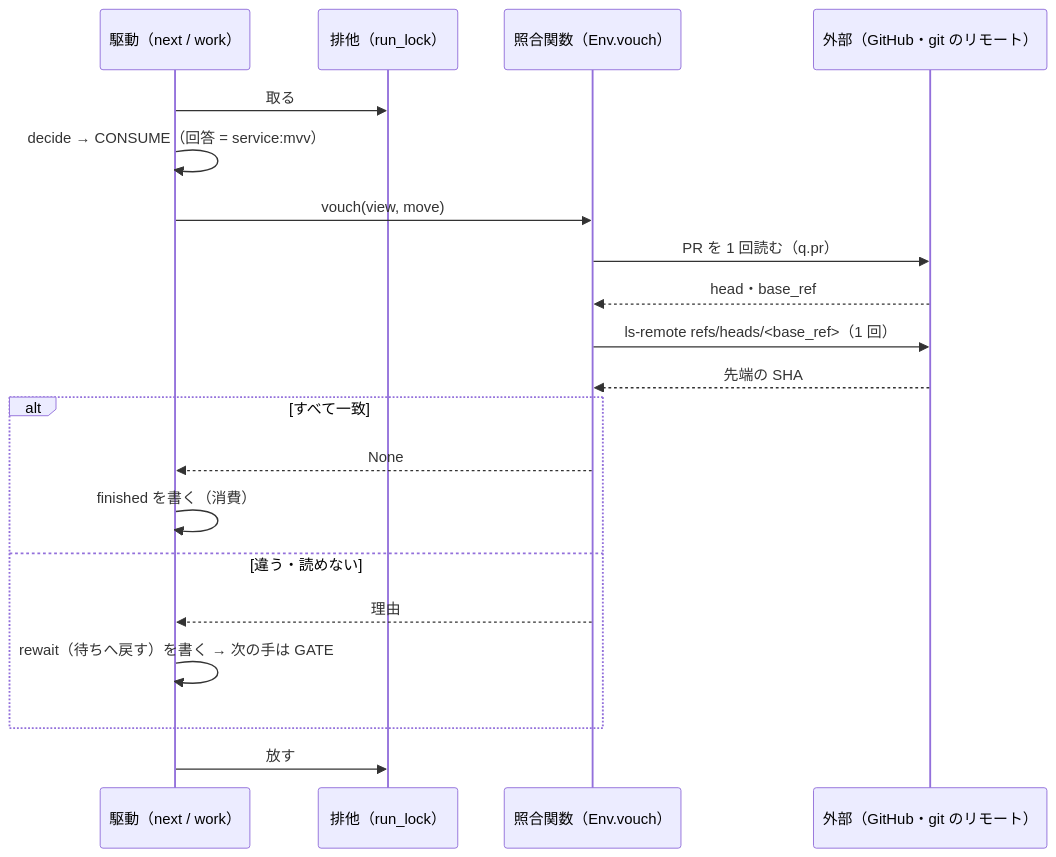
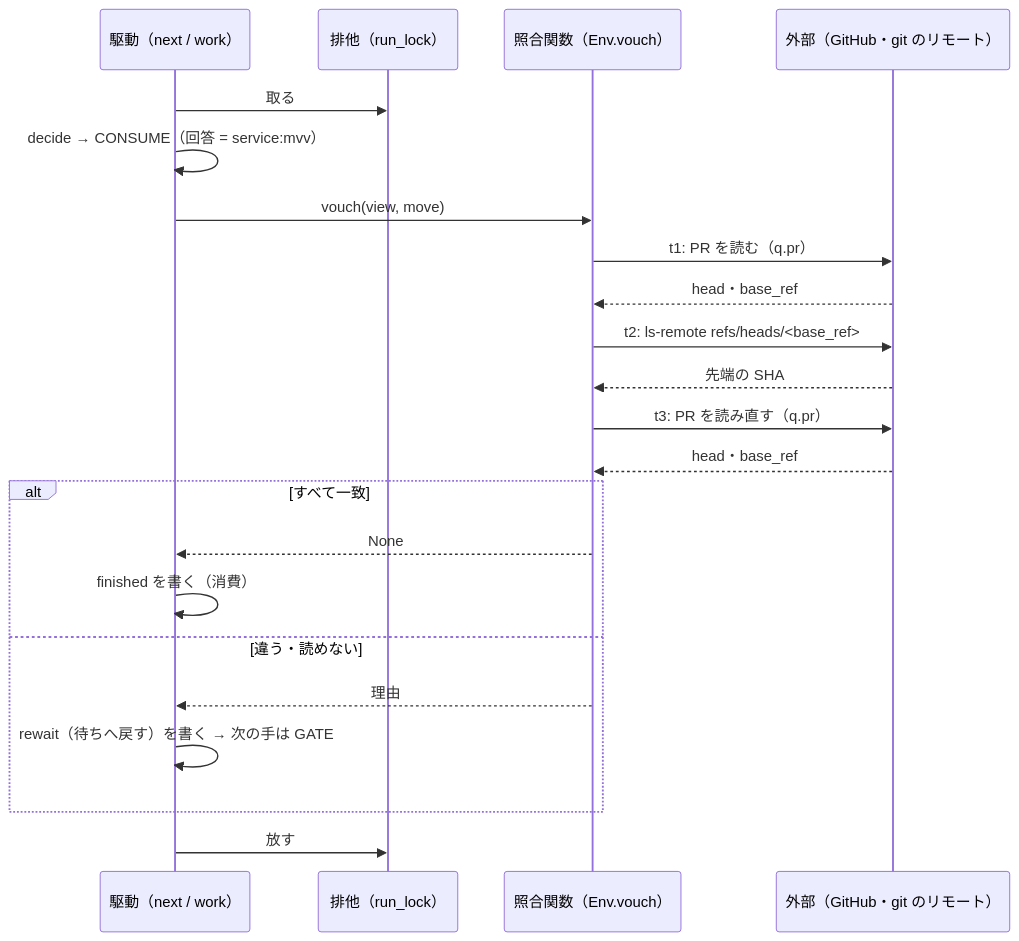
Before and after one commit to devbasex/ai-plugins: the third of 3 diagrams in issues/issue-4106-design.md, drawn with Mermaid. The commit also changed other lines of this file and 2 other files, not shown here.

Commit message:
Docs: #4106 の設計を cross-review 1 周目の指摘で直す（PR の読み直し・照合の上限・理由から例外の文字列を除く・読めない PR でも待ちの表示を返す・読まない省いた回答では省き直さない・approved_head は生の最新の回答から・読む側の配線と scope の並び）

````diff
--- a/issues/issue-4106-design.md
+++ b/issues/issue-4106-design.md
@@ -105,22 +105,24 @@
 ```mermaid
 sequenceDiagram
   participant D as 駆動（next / work）
   participant L as 排他（run_lock）
   participant V as 照合関数（Env.vouch）
   participant X as 外部（GitHub・git のリモート）
   D->>L: 取る
   D->>D: decide → CONSUME（回答 = service:mvv）
   D->>V: vouch(view, move)
-  V->>X: PR を 1 回読む（q.pr）
+  V->>X: t1: PR を読む（q.pr）
   X-->>V: head・base_ref
-  V->>X: ls-remote refs/heads/<base_ref>（1 回）
+  V->>X: t2: ls-remote refs/heads/<base_ref>
   X-->>V: 先端の SHA
+  V->>X: t3: PR を読み直す（q.pr）
+  X-->>V: head・base_ref
   alt すべて一致
     V-->>D: None
     D->>D: finished を書く（消費）
   else 違う・読めない
     V-->>D: 理由
     D->>D: rewait（待ちへ戻す）を書く → 次の手は GATE
   end
   D->>L: 放す
 ```
````
